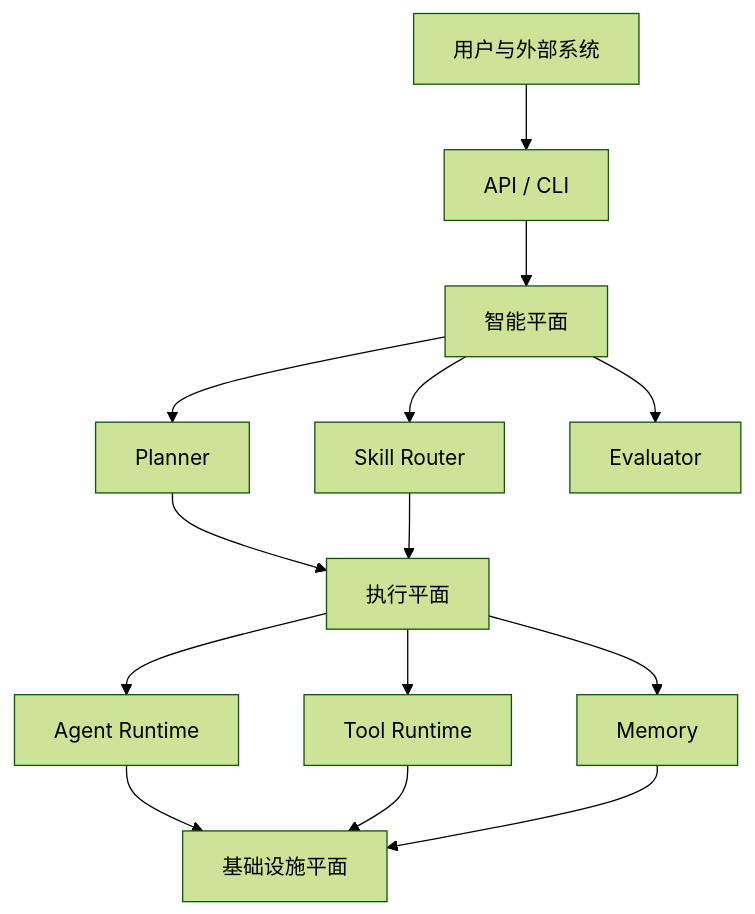
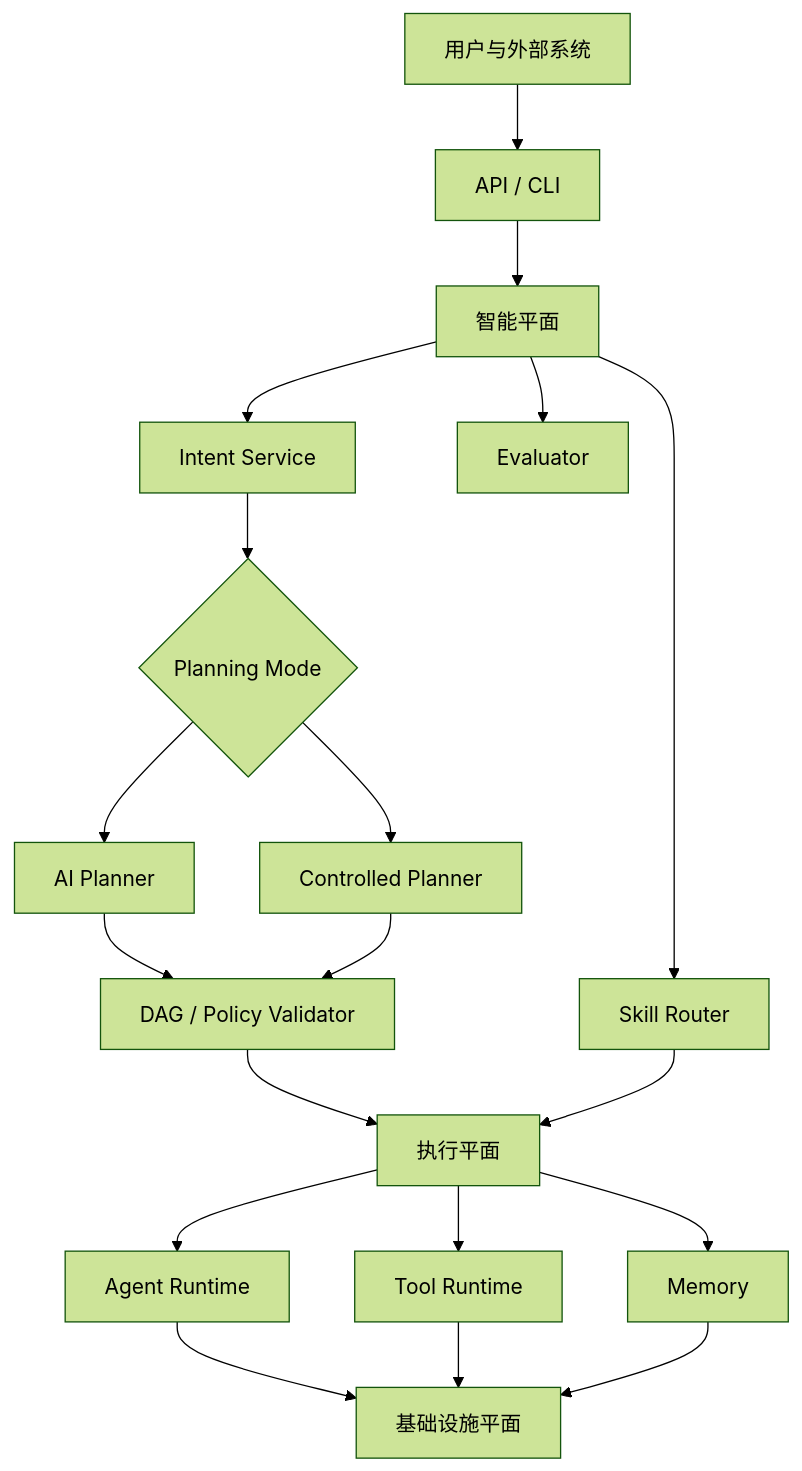
The diagram in docs/architecture/overview.md (iboosky3/NexusOS), drawn with Mermaid (forest theme) before and after one commit. The commit also changed other lines of this file and 50 other files, not shown here.

````diff
--- a/docs/architecture/overview.md
+++ b/docs/architecture/overview.md
@@ -23,16 +23,21 @@
 ```mermaid
 flowchart TB
     User["用户与外部系统"] --> API["API / CLI"]
     API --> Intel["智能平面"]
-    Intel --> Planner["Planner"]
+    Intel --> Intent["Intent Service"]
+    Intent --> Mode{"Planning Mode"}
+    Mode --> AIPlanner["AI Planner"]
+    Mode --> Controlled["Controlled Planner"]
+    AIPlanner --> Validator["DAG / Policy Validator"]
+    Controlled --> Validator
     Intel --> Router["Skill Router"]
     Intel --> Evaluator["Evaluator"]
-    Planner --> Runtime["执行平面"]
+    Validator --> Runtime["执行平面"]
     Router --> Runtime
     Runtime --> Agents["Agent Runtime"]
     Runtime --> Tools["Tool Runtime"]
     Runtime --> Memory["Memory"]
     Agents --> Infra["基础设施平面"]
     Tools --> Infra
     Memory --> Infra
 ```
````
